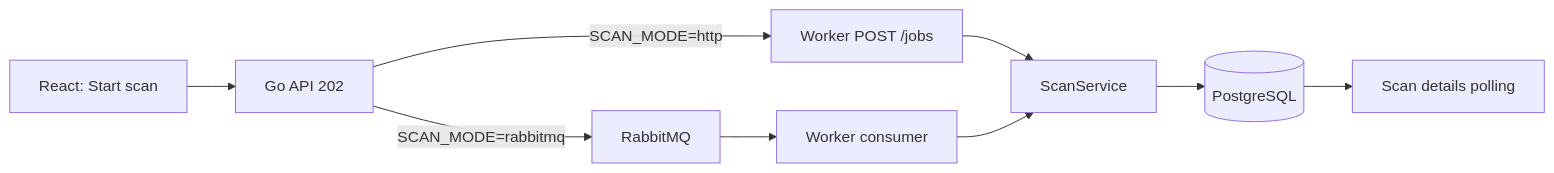
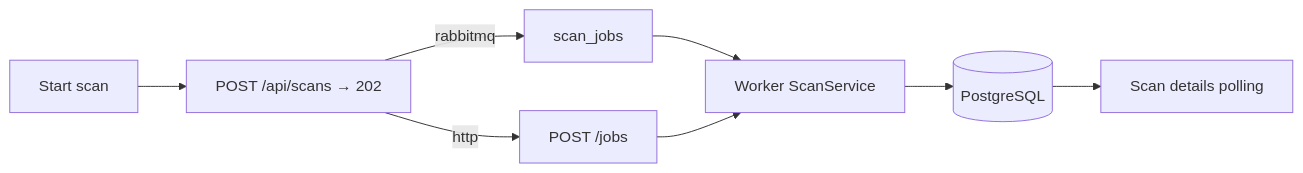
One commit to ChakerYaakoub/CyberWatch changed the fourth of 5 diagrams in README.md. Above: the diagram before and after it, drawn with Mermaid. The commit also changed other lines of this file and 7 other files, not shown here.

Commit message:
fix(docs): rewrite README for current stack and add planned architecture

````diff
--- a/README.md
+++ b/README.md
@@ -145,11 +147,10 @@
 ```mermaid
 flowchart LR
-  FE[React: Start scan] --> API[Go API 202]
-  API -->|SCAN_MODE=http| W1[Worker POST /jobs]
-  API -->|SCAN_MODE=rabbitmq| MQ[RabbitMQ]
-  MQ --> W2[Worker consumer]
-  W1 --> SVC[ScanService]
-  W2 --> SVC
-  SVC --> DB[(PostgreSQL)]
-  DB --> FE2[Scan details polling]
+  FE[Start scan] --> API["POST /api/scans → 202"]
+  API -->|rabbitmq| MQ[scan_jobs]
+  API -->|http| JOBS["POST /jobs"]
+  MQ --> W[Worker ScanService]
+  JOBS --> W
+  W --> DB[(PostgreSQL)]
+  DB --> UI[Scan details polling]
 ```
````
